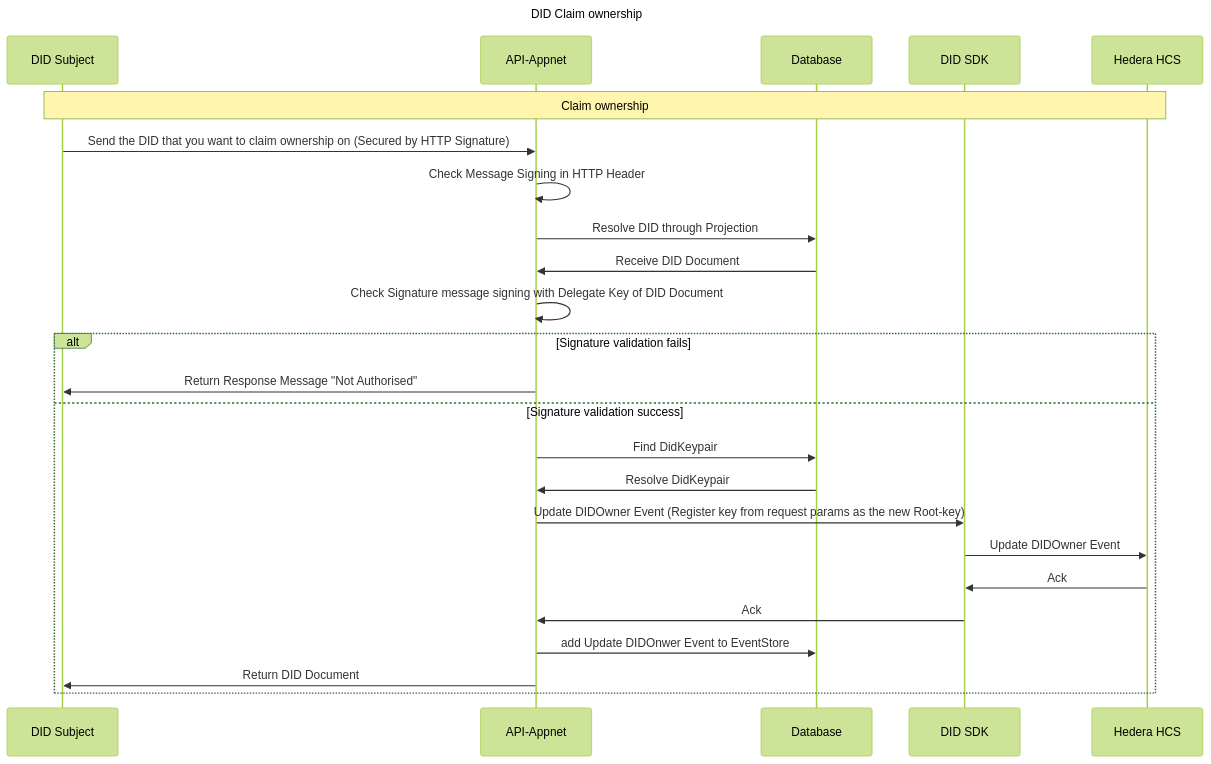
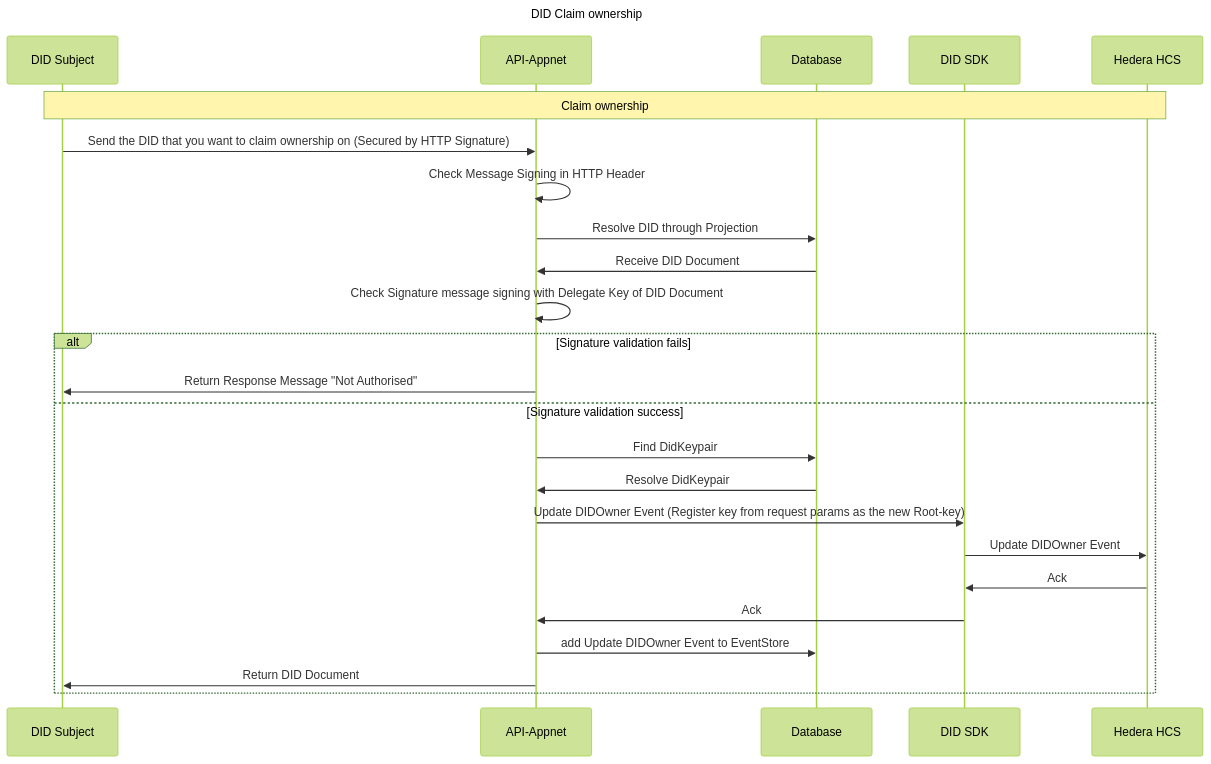
Before and after one commit to Meeco/hedera-did-identity-network: the diagram in documentation/diagrams/did-claim-ownership.mmd, drawn with Mermaid (forest theme). The commit also changed 2 other files, not shown here.

Commit message:
docs: Fix some typos in the diagrams.

```diff
--- a/documentation/diagrams/did-claim-ownership.mmd
+++ b/documentation/diagrams/did-claim-ownership.mmd
@@ -1,27 +1,27 @@
 sequenceDiagram
 Title: DID Claim ownership
 
 participant Subject as DID Subject
 participant API as API-Appnet
 participant Database as Database
 participant DIDSDK as DID SDK
 participant HCS as Hedera HCS
 
 note over Subject,HCS: Claim ownership
 Subject ->> API: Send the DID that you want to claim ownership on (Secured by HTTP Signature)
 API ->> API: Check Message Signing in HTTP Header
 API ->> Database: Resolve DID through Projection
 Database ->> API: Receive DID Document
 API ->> API: Check Signature message signing with Delegate Key of DID Document
 alt Signature validation fails
 API ->> Subject: Return Response Message "Not Authorised"
 else Signature validation success
 API ->> Database: Find DidKeypair
 Database ->> API: Resolve DidKeypair
 API ->> DIDSDK:  Update DIDOwner Event  (Register key from request params as the new Root-key)
 DIDSDK ->> HCS:  Update DIDOwner Event
 HCS ->> DIDSDK: Ack
 DIDSDK ->> API: Ack
-API ->> Database: add Update DIDOnwer Event to EventStore
+API ->> Database: add Update DIDOwner Event to EventStore
 API ->> Subject: Return DID Document
 end
```
